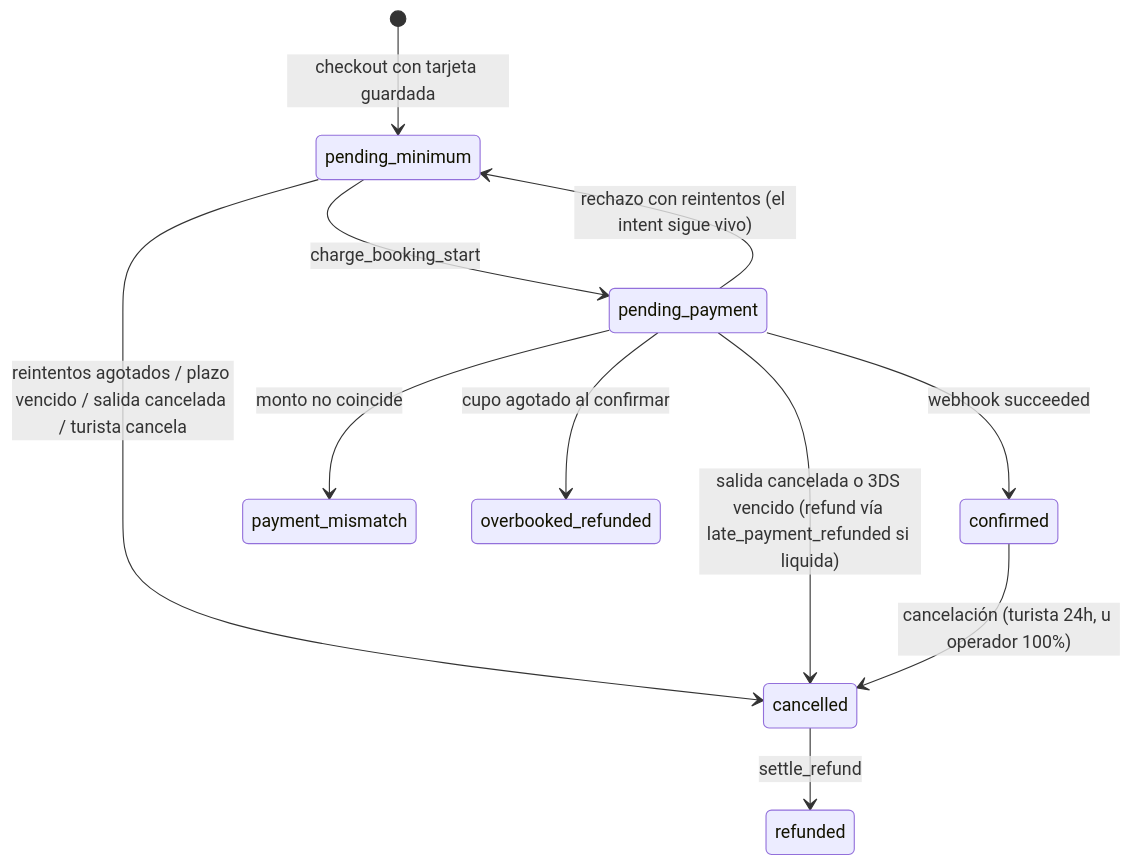
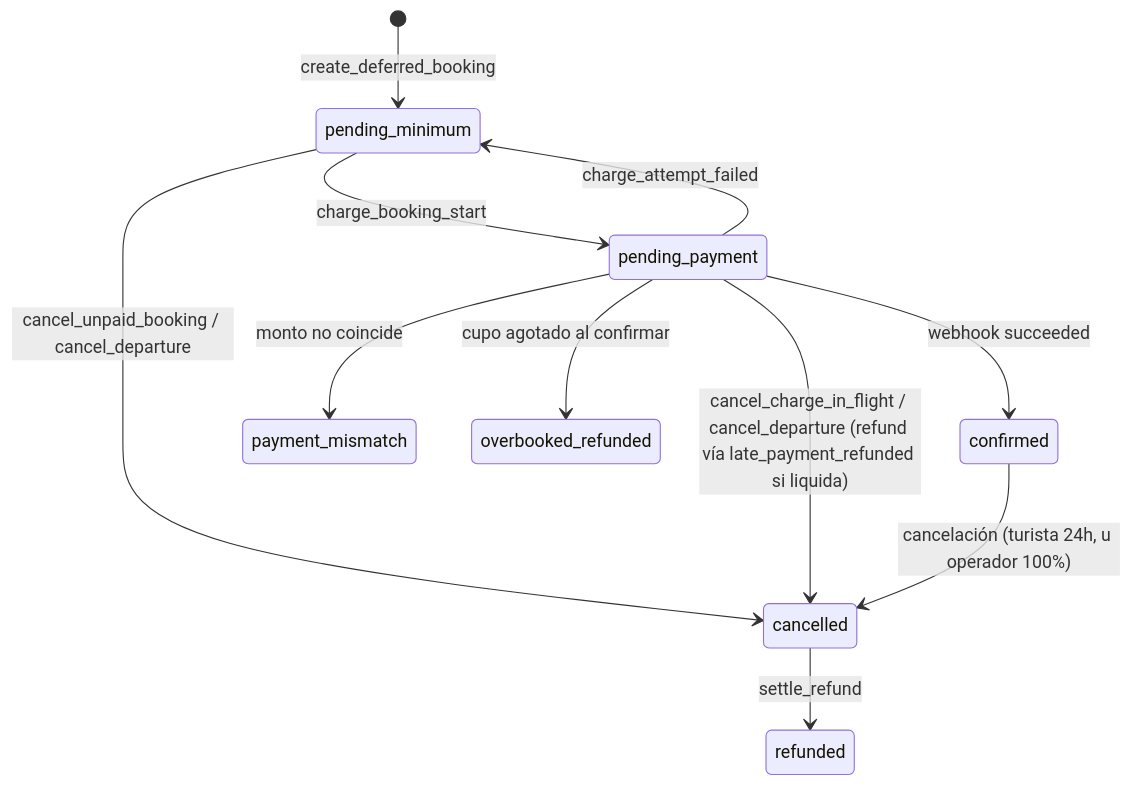
The second of 2 diagrams in docs/specs/0029-cupo-minimo-y-cobro-diferido.md (KthArg/boka-reservations), drawn with Mermaid before and after one commit. The commit also changed other lines of this file, not shown here.

````diff
--- a/docs/specs/0029-cupo-minimo-y-cobro-diferido.md
+++ b/docs/specs/0029-cupo-minimo-y-cobro-diferido.md
@@ -287,13 +334,13 @@
 ```mermaid
 stateDiagram-v2
-    [*] --> pending_minimum: checkout con tarjeta guardada
+    [*] --> pending_minimum: create_deferred_booking
     pending_minimum --> pending_payment: charge_booking_start
     pending_payment --> confirmed: webhook succeeded
-    pending_payment --> pending_minimum: rechazo con reintentos (el intent sigue vivo)
-    pending_minimum --> cancelled: reintentos agotados / plazo vencido / salida cancelada / turista cancela
-    pending_payment --> cancelled: salida cancelada o 3DS vencido (refund vía late_payment_refunded si liquida)
+    pending_payment --> pending_minimum: charge_attempt_failed
+    pending_minimum --> cancelled: cancel_unpaid_booking / cancel_departure
+    pending_payment --> cancelled: cancel_charge_in_flight / cancel_departure (refund vía late_payment_refunded si liquida)
     pending_payment --> payment_mismatch: monto no coincide
     pending_payment --> overbooked_refunded: cupo agotado al confirmar
     confirmed --> cancelled: cancelación (turista 24h, u operador 100%)
     cancelled --> refunded: settle_refund
 ```
````
